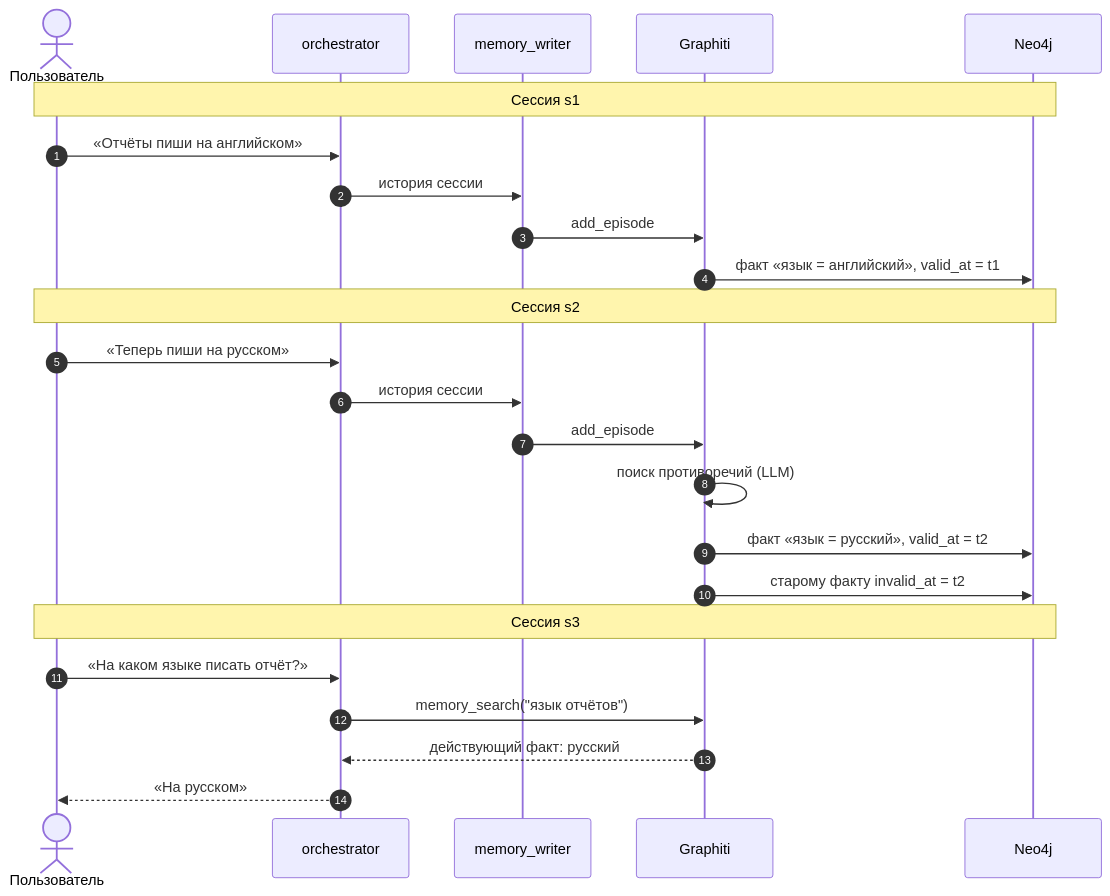
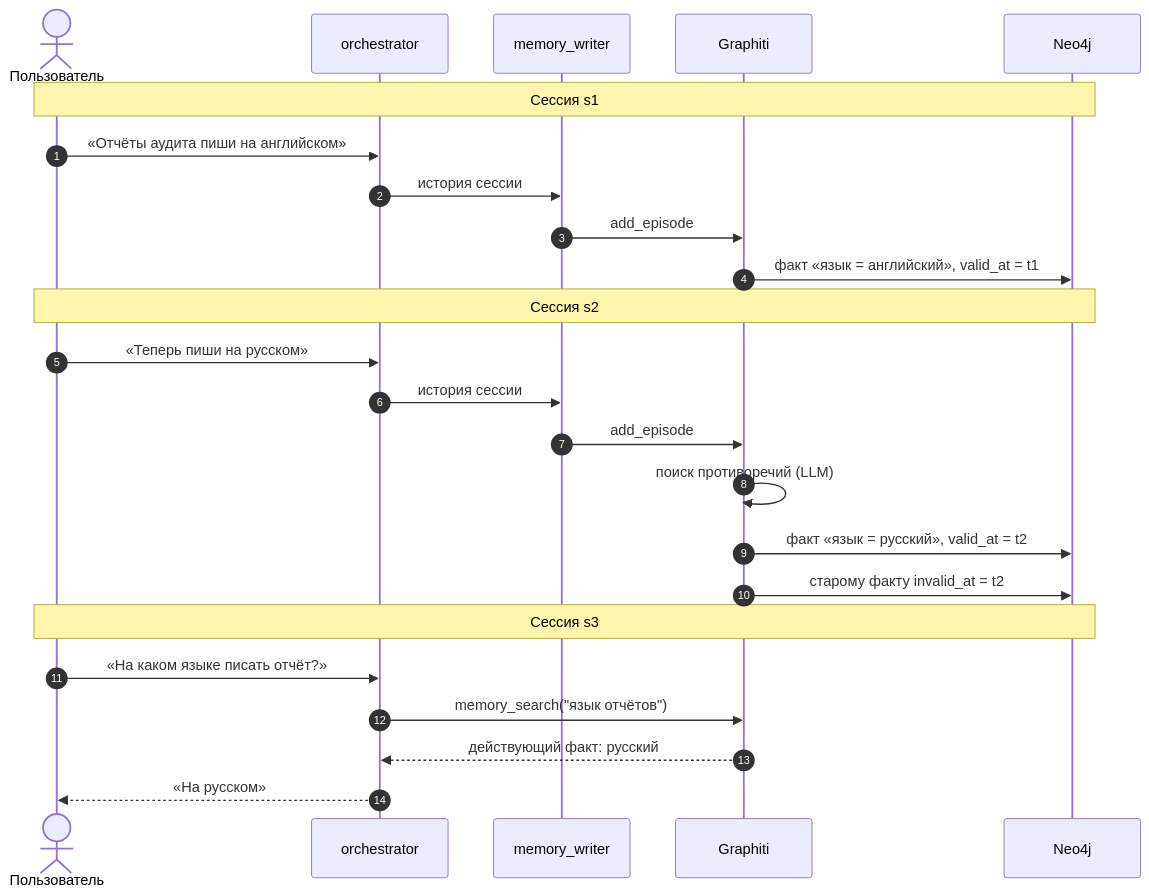
The fifth of 6 diagrams in task3-agent/diagrams/diagrams.md (Zancrow20/LLMs), drawn with Mermaid before and after one commit. The commit also changed other lines of this file and 57 other files, not shown here.

````diff
--- a/task3-agent/diagrams/diagrams.md
+++ b/task3-agent/diagrams/diagrams.md
@@ -140,29 +141,29 @@
 ```mermaid
 sequenceDiagram
   autonumber
   actor U as Пользователь
   participant O as orchestrator
   participant W as memory_writer
   participant G as Graphiti
   participant N as Neo4j
 
   Note over U,N: Сессия s1
-  U->>O: «Отчёты пиши на английском»
+  U->>O: «Отчёты аудита пиши на английском»
   O->>W: история сессии
   W->>G: add_episode
   G->>N: факт «язык = английский», valid_at = t1
 
   Note over U,N: Сессия s2
   U->>O: «Теперь пиши на русском»
   O->>W: история сессии
   W->>G: add_episode
   G->>G: поиск противоречий (LLM)
   G->>N: факт «язык = русский», valid_at = t2
   G->>N: старому факту invalid_at = t2
 
   Note over U,N: Сессия s3
   U->>O: «На каком языке писать отчёт?»
   O->>G: memory_search("язык отчётов")
   G-->>O: действующий факт: русский
   O-->>U: «На русском»
 ```
````
